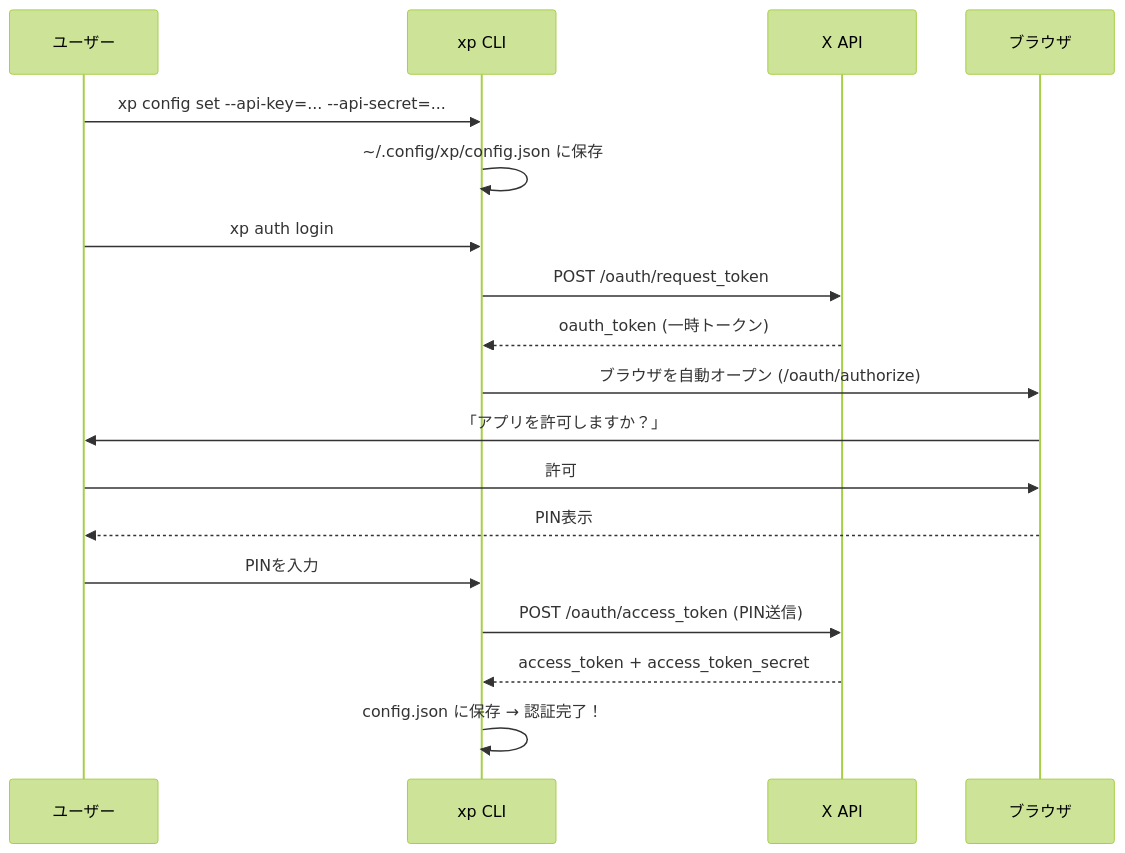
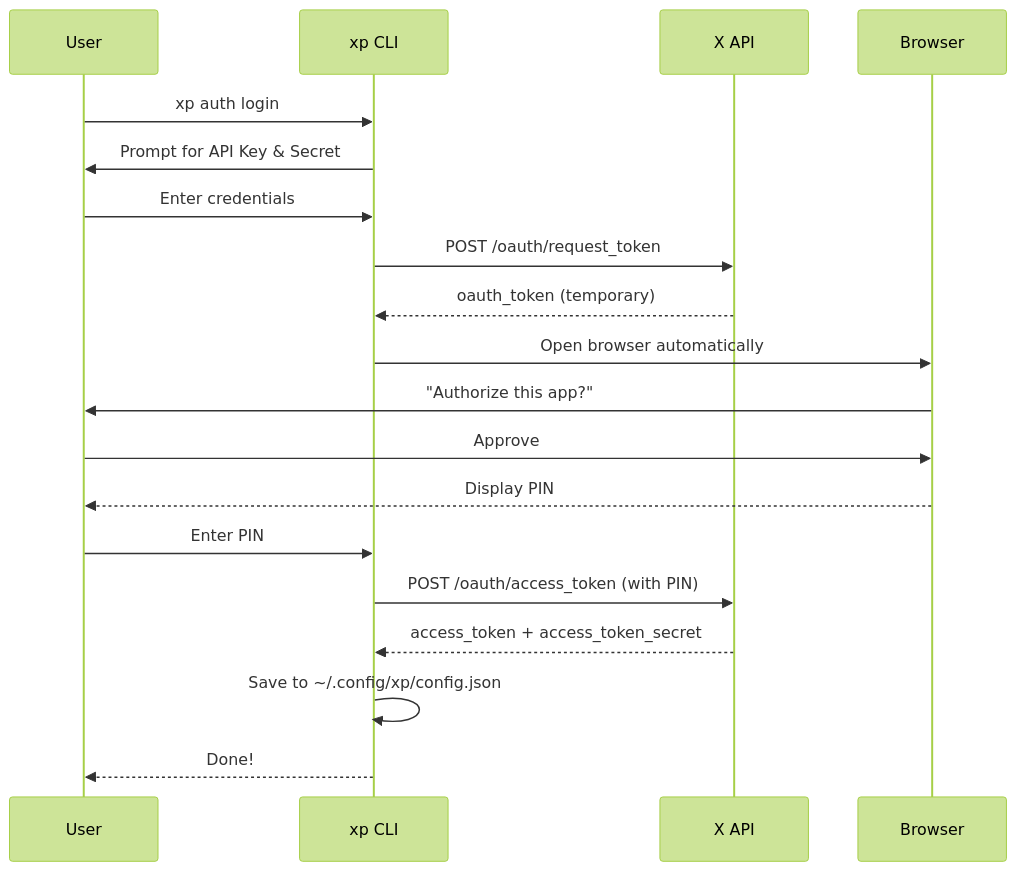
One commit to tawachan/xp changed the first of 4 diagrams in README.md. Above: the diagram before and after it, drawn with Mermaid (forest theme). The commit also changed other lines of this file and 1 other file, not shown here.

````diff
--- a/README.md
+++ b/README.md
@@ -90,22 +132,22 @@
 ```mermaid
 sequenceDiagram
-    participant U as ユーザー
-    participant X as xp CLI
+    participant U as User
+    participant C as xp CLI
     participant A as X API
-    participant B as ブラウザ
+    participant B as Browser
 
-    U->>X: xp config set --api-key=... --api-secret=...
-    X->>X: ~/.config/xp/config.json に保存
-
-    U->>X: xp auth login
-    X->>A: POST /oauth/request_token
-    A-->>X: oauth_token (一時トークン)
-    X->>B: ブラウザを自動オープン (/oauth/authorize)
-    B->>U: 「アプリを許可しますか？」
-    U->>B: 許可
-    B-->>U: PIN表示
-    U->>X: PINを入力
-    X->>A: POST /oauth/access_token (PIN送信)
-    A-->>X: access_token + access_token_secret
-    X->>X: config.json に保存 → 認証完了！
+    U->>C: xp auth login
+    C->>U: Prompt for API Key & Secret
+    U->>C: Enter credentials
+    C->>A: POST /oauth/request_token
+    A-->>C: oauth_token (temporary)
+    C->>B: Open browser automatically
+    B->>U: "Authorize this app?"
+    U->>B: Approve
+    B-->>U: Display PIN
+    U->>C: Enter PIN
+    C->>A: POST /oauth/access_token (with PIN)
+    A-->>C: access_token + access_token_secret
+    C->>C: Save to ~/.config/xp/config.json
+    C-->>U: Done!
 ```
````
